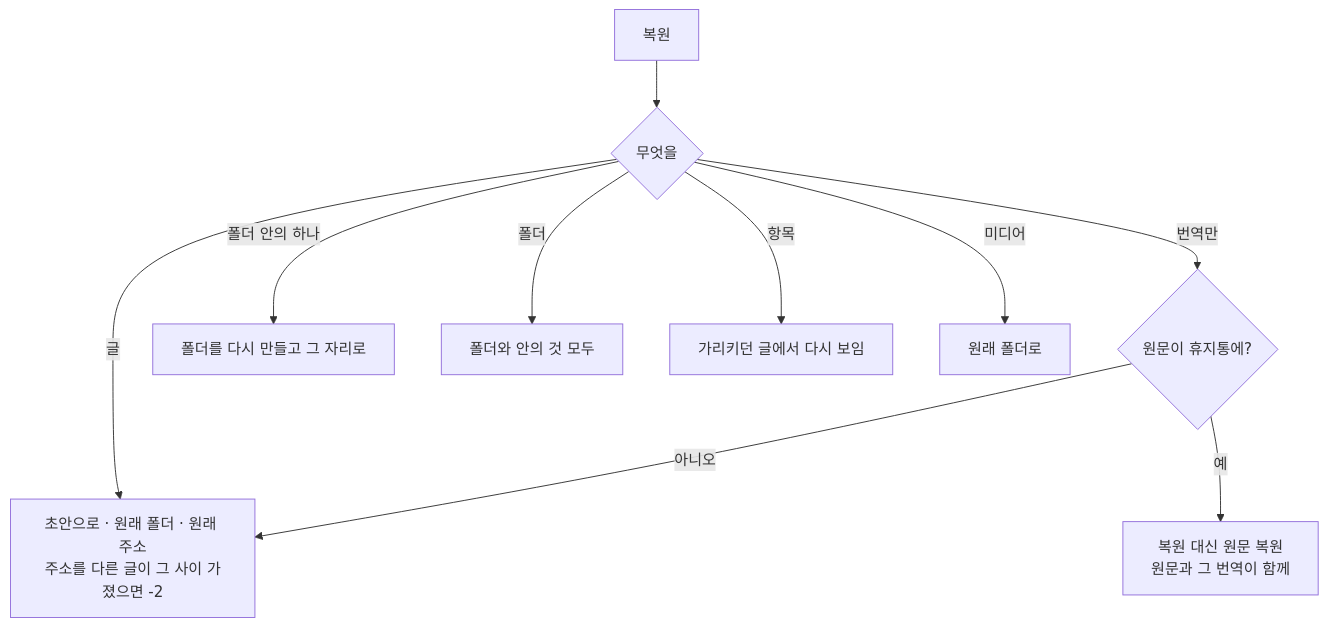
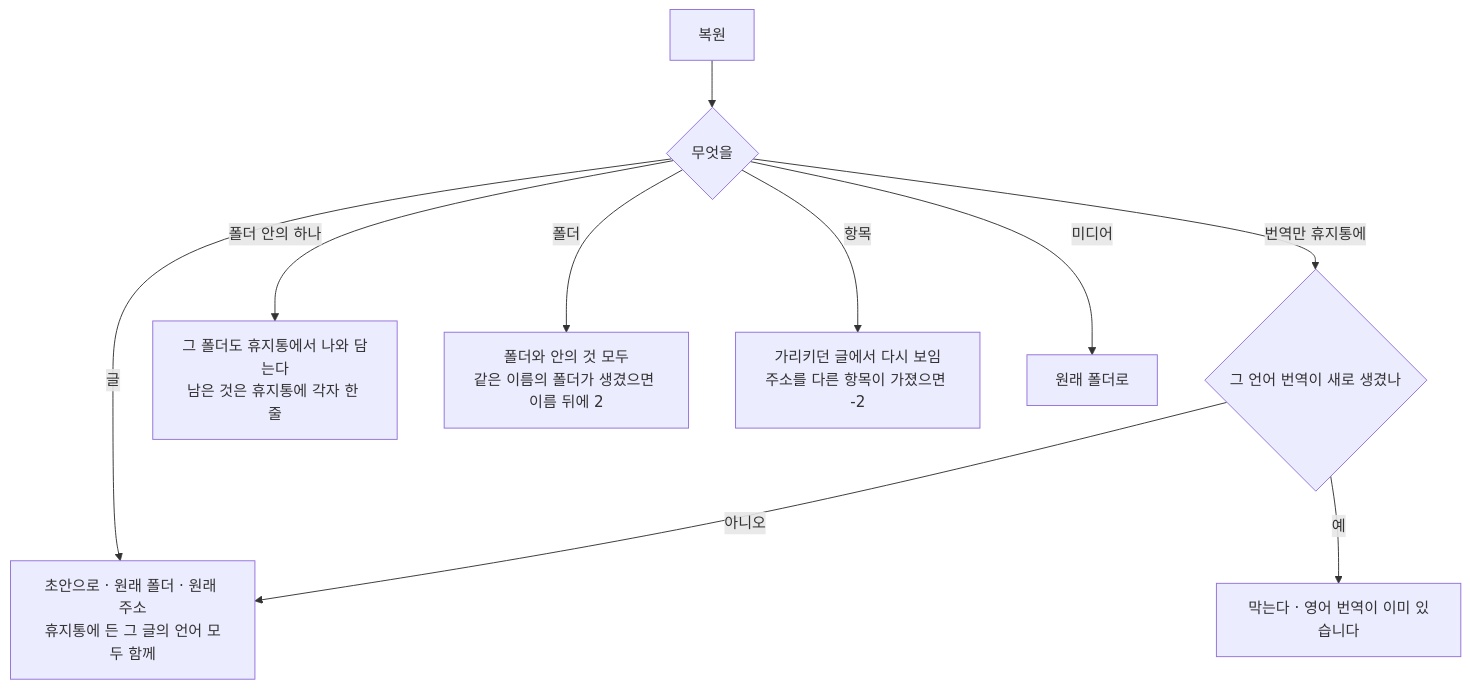
The second of 2 diagrams in docs/design/features/11-trash.md (monti-cms/monti), drawn with Mermaid before and after one commit. The commit also changed other lines of this file and 91 other files, not shown here.

````diff
--- a/docs/design/features/11-trash.md
+++ b/docs/design/features/11-trash.md
@@ -63,12 +76,12 @@
 ```mermaid
 flowchart TD
   R["복원"] --> K{"무엇을"}
-  K -->|글| D["초안으로 · 원래 폴더 · 원래 주소<br/>주소를 다른 글이 그 사이 가졌으면 -2"]
-  K -->|번역만| S{"원문이 휴지통에?"}
-  S -->|예| SR["복원 대신 원문 복원<br/>원문과 그 번역이 함께"]
-  S -->|아니오| D
-  K -->|폴더 안의 하나| F["폴더를 다시 만들고 그 자리로"]
-  K -->|폴더| FA["폴더와 안의 것 모두"]
-  K -->|항목| I["가리키던 글에서 다시 보임"]
+  K -->|글| D["초안으로 · 원래 폴더 · 원래 주소<br/>휴지통에 든 그 글의 언어 모두 함께"]
+  K -->|번역만 휴지통에| T{"그 언어 번역이 새로 생겼나"}
+  T -->|예| X["막는다 · 영어 번역이 이미 있습니다"]
+  T -->|아니오| D
+  K -->|폴더 안의 하나| F["그 폴더도 휴지통에서 나와 담는다<br/>남은 것은 휴지통에 각자 한 줄"]
+  K -->|폴더| FA["폴더와 안의 것 모두<br/>같은 이름의 폴더가 생겼으면 이름 뒤에 2"]
+  K -->|항목| I["가리키던 글에서 다시 보임<br/>주소를 다른 항목이 가졌으면 -2"]
   K -->|미디어| M["원래 폴더로"]
 ```
````
